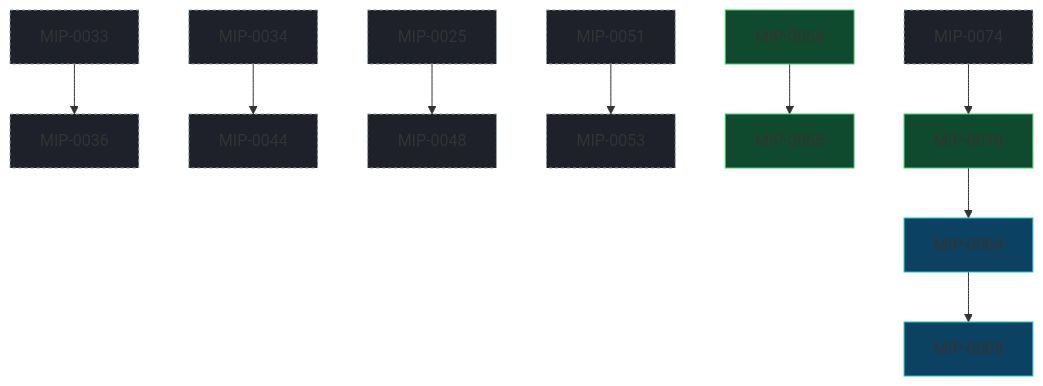
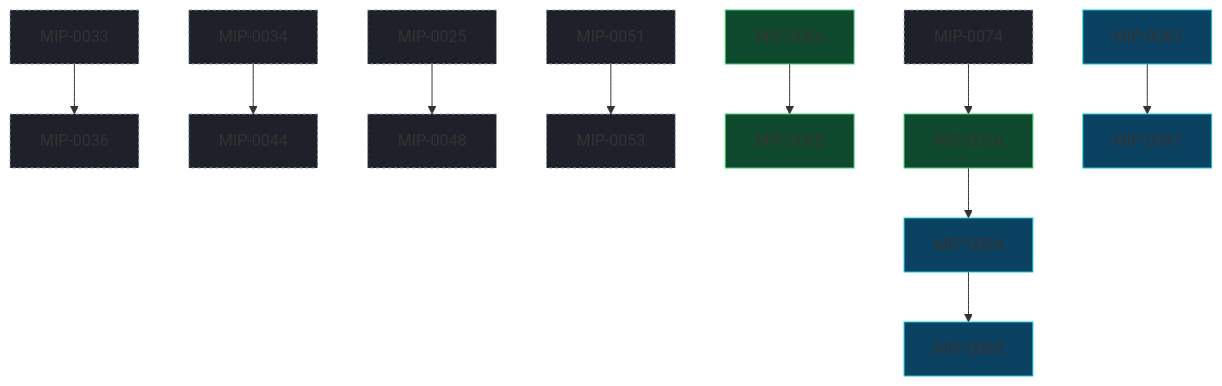
One commit to aracyla/marola changed the diagram in docs/MIPs/README.md. Above: the diagram before and after it, drawn with Mermaid. The commit also changed other lines of this file and 3 other files, not shown here.

First line of the commit message:
MIP-0091: docs(mips): the Marola forecaster's architecture, the evaluation first, no new repo, REA on OWB (#803)

````diff
--- a/docs/MIPs/README.md
+++ b/docs/MIPs/README.md
@@ -98,29 +99,32 @@
 ```mermaid
 flowchart TD
   classDef draft fill:#1e2129,stroke:#8fa3b0,stroke-dasharray:3 3;
   classDef accepted fill:#0b4261,stroke:#1ac5da;
   classDef implemented fill:#0f4a2e,stroke:#3ecf6e;
   classDef rejected fill:#2a2d35,stroke:#666,color:#999;
   M0025["MIP-0025"]:::draft
   M0033["MIP-0033"]:::draft
   M0034["MIP-0034"]:::draft
   M0036["MIP-0036"]:::draft
   M0044["MIP-0044"]:::draft
   M0048["MIP-0048"]:::draft
   M0051["MIP-0051"]:::draft
   M0053["MIP-0053"]:::draft
   M0064["MIP-0064"]:::implemented
   M0065["MIP-0065"]:::implemented
   M0074["MIP-0074"]:::draft
   M0076["MIP-0076"]:::implemented
+  M0083["MIP-0083"]:::accepted
   M0084["MIP-0084"]:::accepted
   M0085["MIP-0085"]:::accepted
+  M0091["MIP-0091"]:::accepted
   M0025 --> M0048
   M0033 --> M0036
   M0034 --> M0044
   M0051 --> M0053
   M0064 --> M0065
   M0074 --> M0076
   M0076 --> M0084
+  M0083 --> M0091
   M0084 --> M0085
 ```
````
